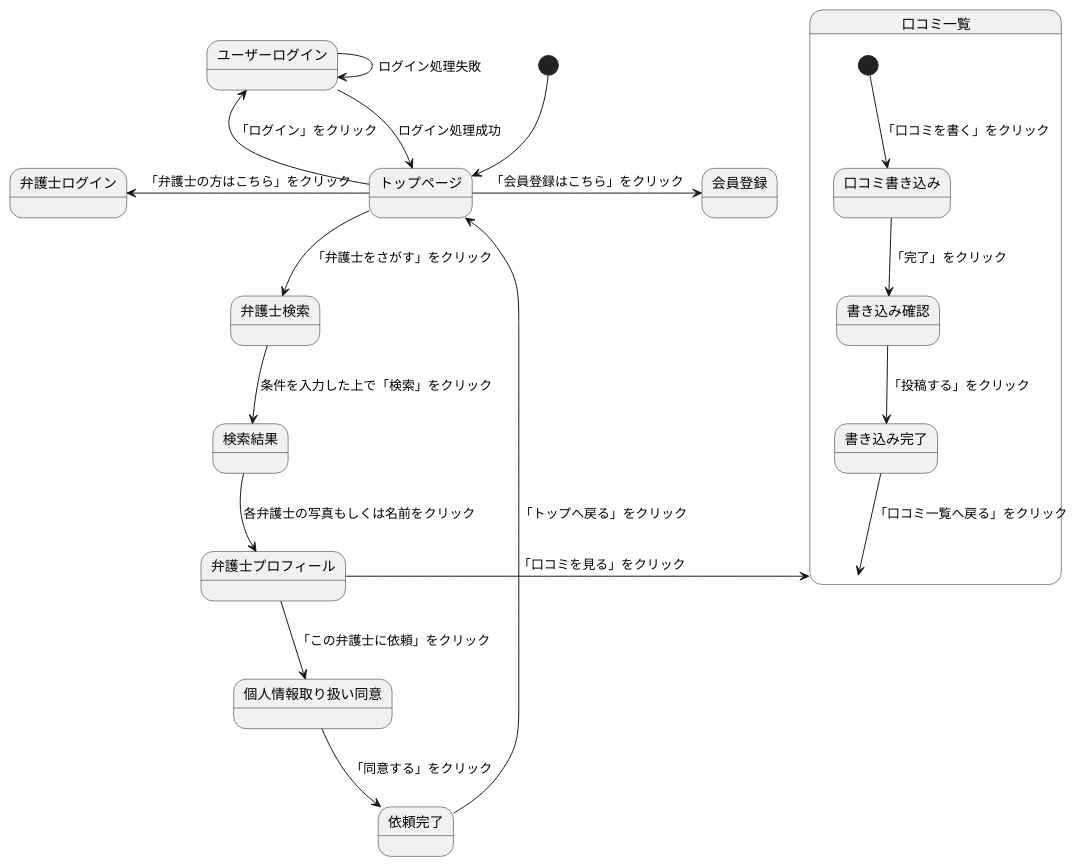
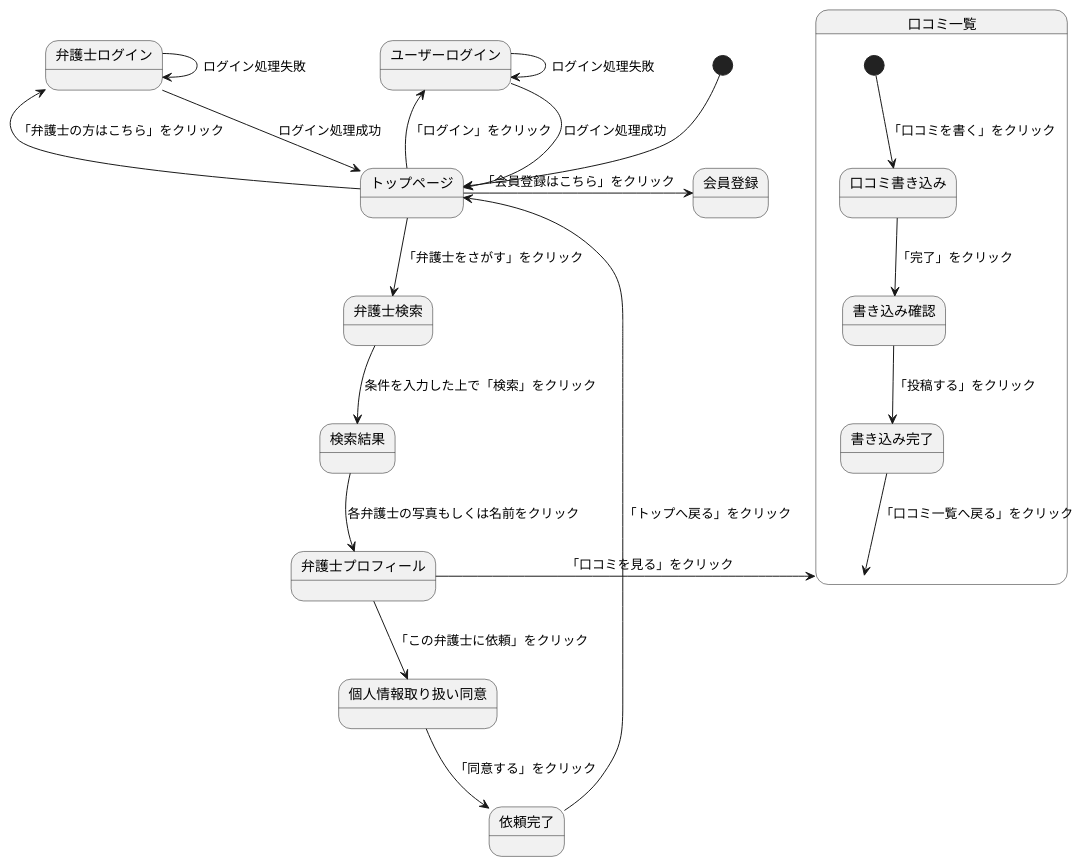
The diagram in 0524kadai.md (Aso2001374/2021sys-design), drawn with PlantUML before and after one commit.

````diff
--- a/0524kadai.md
+++ b/0524kadai.md
@@ -1,25 +1,29 @@
 ```uml
 @startuml
 [*] --> トップページ
 トップページ -> 会員登録:「会員登録はこちら」をクリック
 トップページ -left-> ユーザーログイン:「ログイン」をクリック
 ユーザーログイン--> トップページ: ログイン処理成功
 ユーザーログイン--> ユーザーログイン: ログイン処理失敗
+
 トップページ -left-> 弁護士ログイン:「弁護士の方はこちら」をクリック
+弁護士ログイン--> トップページ: ログイン処理成功
+弁護士ログイン--> 弁護士ログイン: ログイン処理失敗
+
 トップページ --> 弁護士検索:「弁護士をさがす」をクリック
 弁護士検索 --> 検索結果: 条件を入力した上で「検索」をクリック
 検索結果 -down-> 弁護士プロフィール: 各弁護士の写真もしくは名前をクリック
 弁護士プロフィール -left-> 口コミ一覧:「口コミを見る」をクリック
 弁護士プロフィール --> 個人情報取り扱い同意:「この弁護士に依頼」をクリック
 個人情報取り扱い同意-->依頼完了:「同意する」をクリック
 依頼完了-->トップページ:「トップへ戻る」をクリック
 
 state 口コミ一覧{
 [*] --> 口コミ書き込み:「口コミを書く」をクリック
 口コミ書き込み --> 書き込み確認:「完了」をクリック
 書き込み確認 --> 書き込み完了:「投稿する」をクリック
 書き込み完了 --> 口コミ一覧:「口コミ一覧へ戻る」をクリック
 }
 
 @enduml
 ```
````
